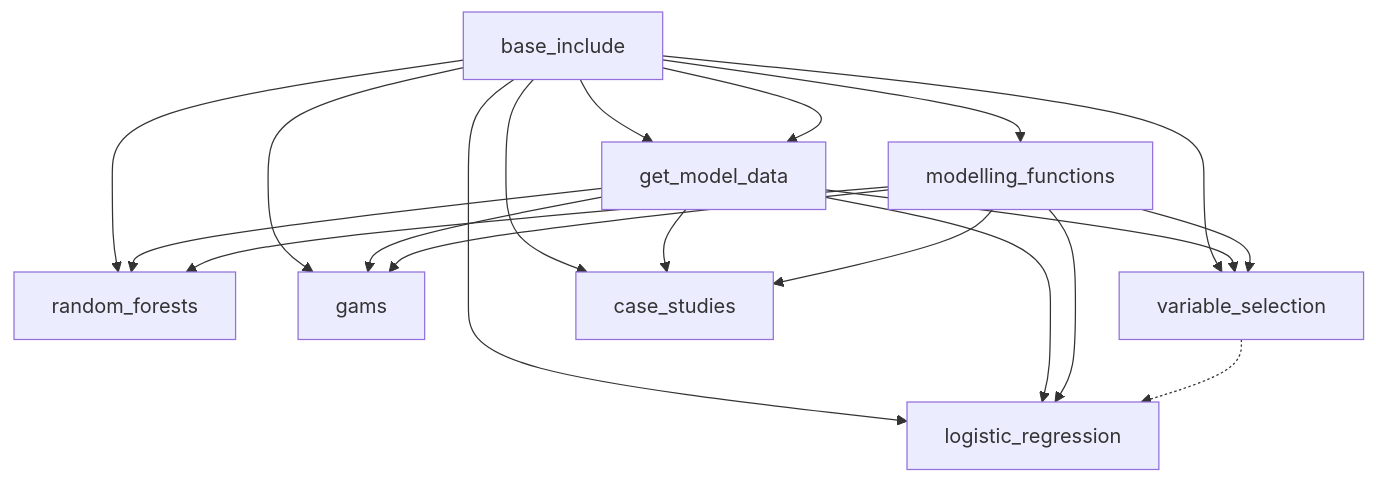
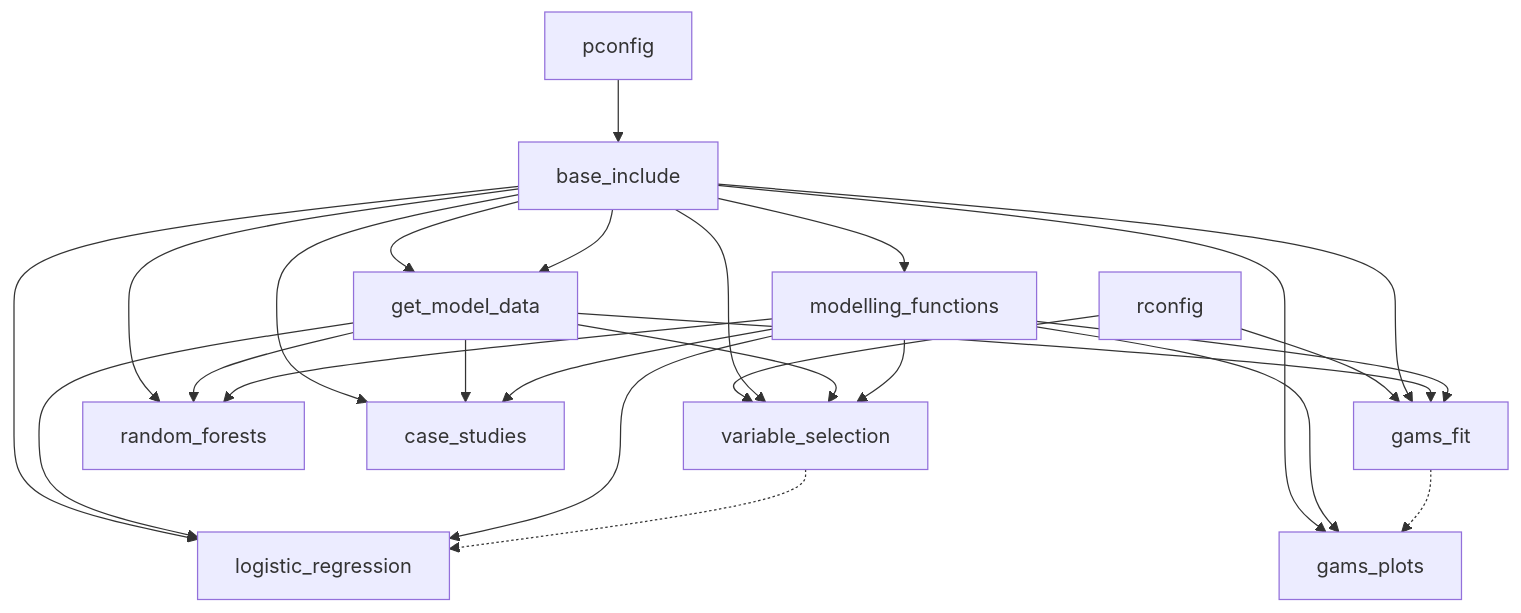
Before and after one commit to vic-ffm/vic-ia: the diagram in code/README.md, drawn with Mermaid. The commit also changed other lines of this file and 14 other files, not shown here.

````diff
--- a/code/README.md
+++ b/code/README.md
@@ -3,22 +3,28 @@
 ```mermaid
 graph TD;
+    pconfig-->base_include
+    rconfig-->variable_selection
+    rconfig-->gams_fit
     base_include-->get_model_data;
     base_include-->modelling_functions;
     base_include-->get_model_data;
     base_include-->logistic_regression;
     base_include-->random_forests;
-    base_include-->gams;
+    base_include-->gams_fit;
+    base_include-->gams_plots;
     base_include-->variable_selection;
     base_include-->case_studies;
     get_model_data-->logistic_regression;
     get_model_data-->random_forests;
-    get_model_data-->gams;
+    get_model_data-->gams_fit;
     get_model_data-->variable_selection;
     get_model_data-->case_studies;
     modelling_functions-->logistic_regression;
     modelling_functions-->random_forests;
-    modelling_functions-->gams;
+    modelling_functions-->gams_fit;
+    modelling_functions-->gams_plots;
     modelling_functions-->case_studies;
     modelling_functions-->variable_selection;
     variable_selection-.->logistic_regression;
+    gams_fit-.->gams_plots;
 ```
````
